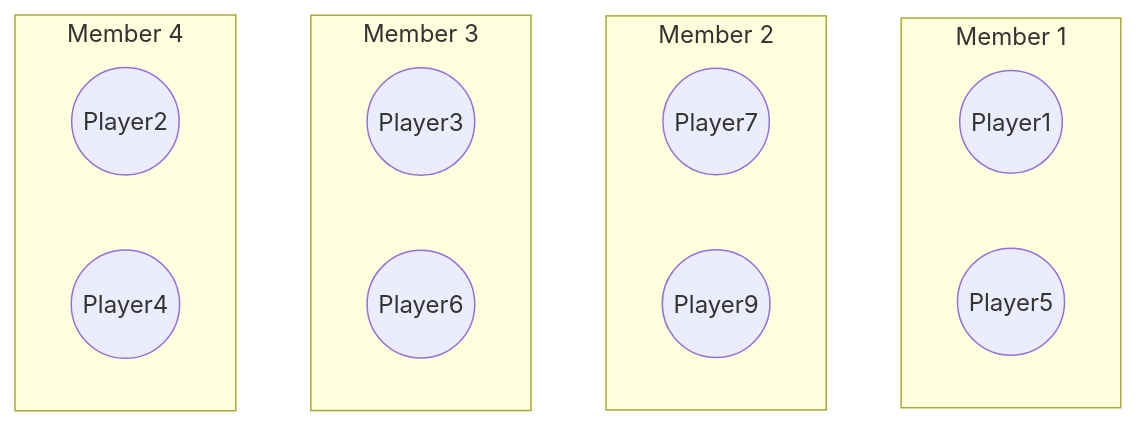
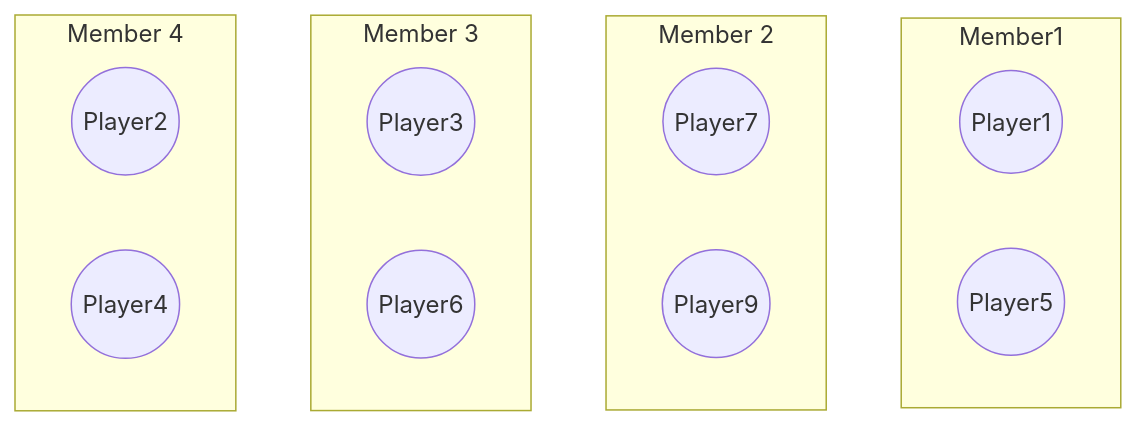
Before and after one commit to asynkron/protoactor-website: the third of 5 diagrams in hugo/content/docs/mermaid.md, drawn with Mermaid. The commit also changed other lines of this file and 1 other file, not shown here.

````diff
--- a/hugo/content/docs/mermaid.md
+++ b/hugo/content/docs/mermaid.md
@@ -36,30 +36,29 @@
 ```mermaid
 graph TB
 
     a1((Player1))
     a2((Player5))
     b1((Player7))
     b2((Player9))
     c1((Player3))
     c2((Player6))
     d1((Player2))
     d2((Player4))
 
-
-    subgraph Member 1
+    subgraph Member1
         a1
         a2
     end
     subgraph Member 2
         b1
         b2
     end
     subgraph Member 3
         c1
         c2
     end
     subgraph Member 4
         d1
         d2
     end
 ```
````
